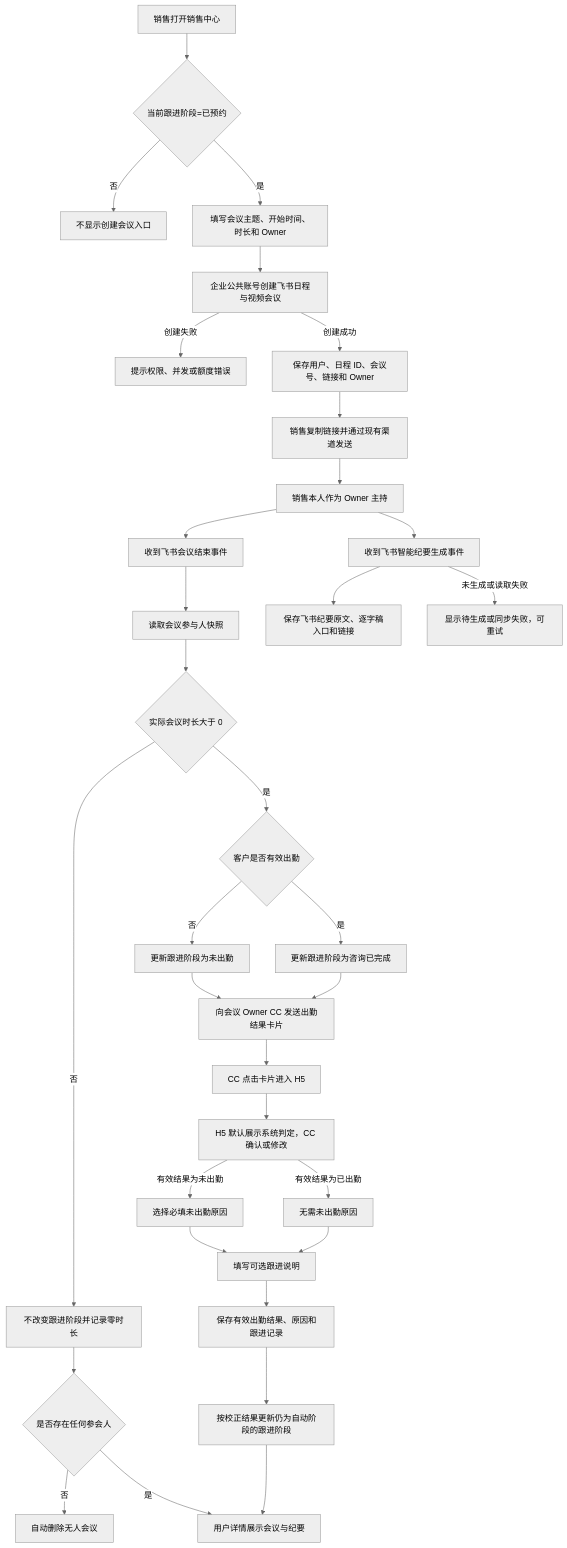
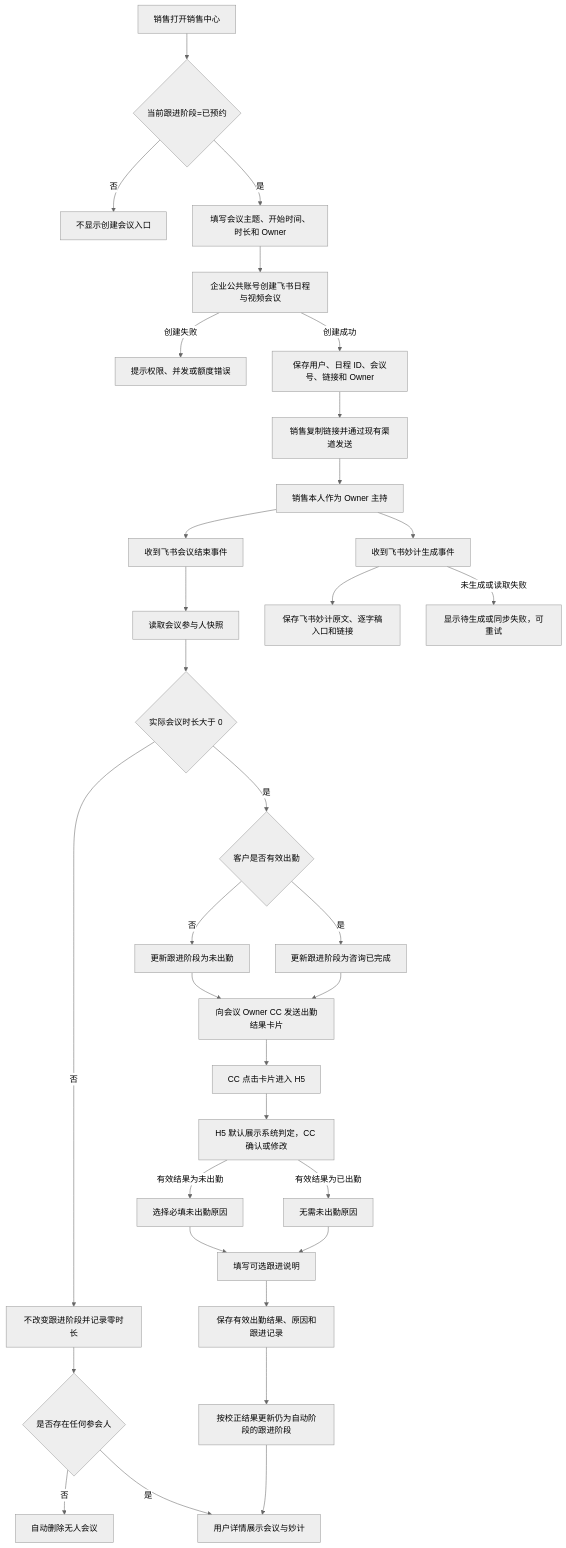
The diagram in projects/crm-consultation-meeting/prd/PRD.md (h3-ai-lab/hhhprd), drawn with Mermaid (neutral theme) before and after one commit. The commit also changed other lines of this file and 10 other files, not shown here.

````diff
--- a/projects/crm-consultation-meeting/prd/PRD.md
+++ b/projects/crm-consultation-meeting/prd/PRD.md
@@ -68,35 +68,35 @@
 ```mermaid
 flowchart TD
     A[销售打开销售中心] --> B{当前跟进阶段=已预约}
     B -->|否| B1[不显示创建会议入口]
     B -->|是| C[填写会议主题、开始时间、时长和 Owner]
     C --> D[企业公共账号创建飞书日程与视频会议]
     D -->|创建失败| D1[提示权限、并发或额度错误]
     D -->|创建成功| E[保存用户、日程 ID、会议号、链接和 Owner]
     E --> F[销售复制链接并通过现有渠道发送]
     F --> G[销售本人作为 Owner 主持]
     G --> H[收到飞书会议结束事件]
     H --> I[读取会议参与人快照]
     I --> I0{实际会议时长大于 0}
     I0 -->|否| I1[不改变跟进阶段并记录零时长]
     I1 --> I2{是否存在任何参会人}
     I2 -->|否| I3[自动删除无人会议]
     I2 -->|是| O
     I0 -->|是| J{客户是否有效出勤}
     J -->|否| J1[更新跟进阶段为未出勤]
     J -->|是| J2[更新跟进阶段为咨询已完成]
     J1 --> P[向会议 Owner CC 发送出勤结果卡片]
     J2 --> P
     P --> Q[CC 点击卡片进入 H5]
     Q --> R[H5 默认展示系统判定，CC 确认或修改]
     R -->|有效结果为未出勤| R1[选择必填未出勤原因]
     R -->|有效结果为已出勤| R2[无需未出勤原因]
     R1 --> S[填写可选跟进说明]
     R2 --> S
     S --> T[保存有效出勤结果、原因和跟进记录]
     T --> U[按校正结果更新仍为自动阶段的跟进阶段]
-    G --> M[收到飞书智能纪要生成事件]
-    M --> N[保存飞书纪要原文、逐字稿入口和链接]
+    G --> M[收到飞书妙计生成事件]
+    M --> N[保存飞书妙计原文、逐字稿入口和链接]
     M -->|未生成或读取失败| N1[显示待生成或同步失败，可重试]
-    U --> O[用户详情展示会议与纪要]
+    U --> O[用户详情展示会议与妙计]
 ```
````
